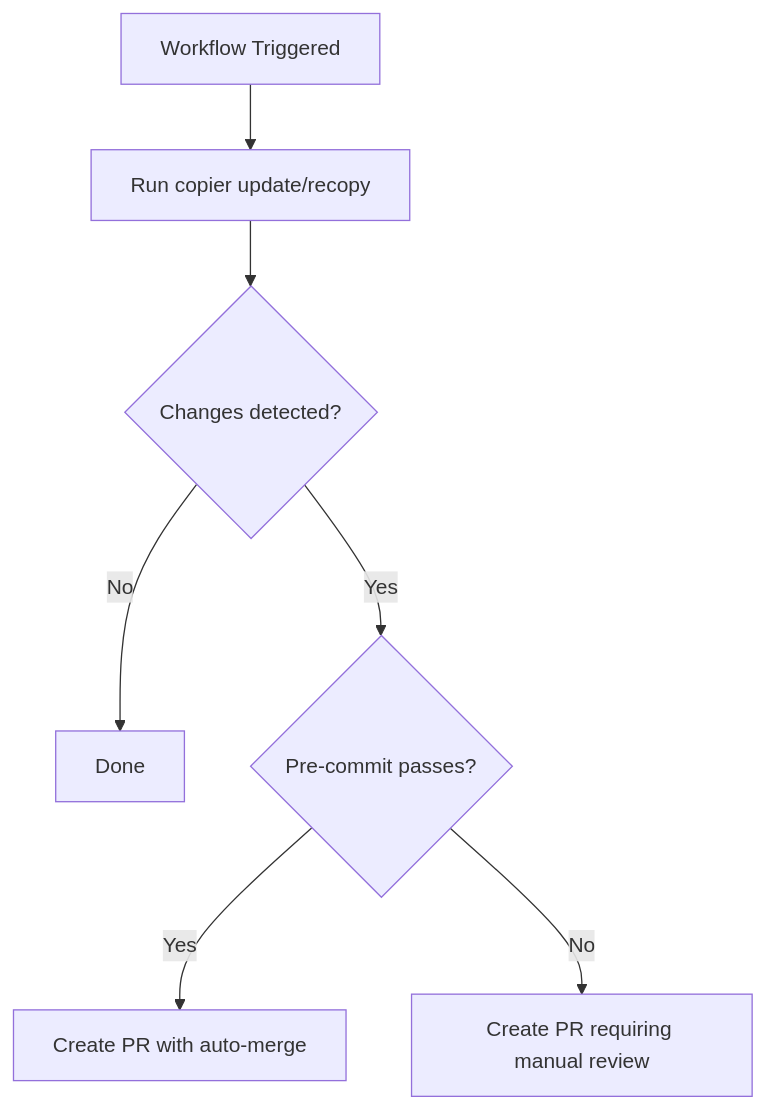
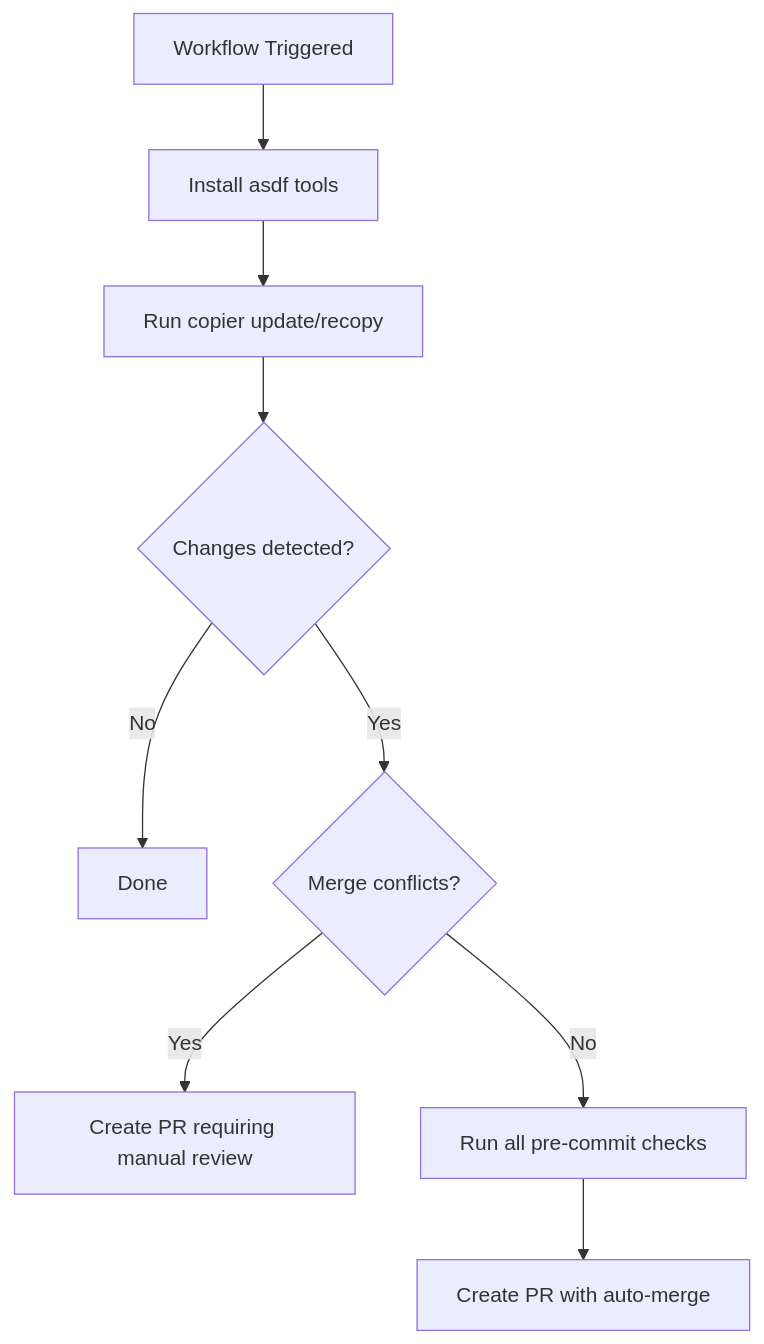
The diagram in docs/reusable-update-from-skeleton.md (launchbynttdata/launch-workflows), drawn with Mermaid before and after one commit. The commit also changed other lines of this file and 1 other file, not shown here.

Commit message:
feat: auto-update incorporates automated pre-commit fixes (#82)

````diff
--- a/docs/reusable-update-from-skeleton.md
+++ b/docs/reusable-update-from-skeleton.md
@@ -5,9 +5,11 @@
 ```mermaid
 flowchart TD
-  A[Workflow Triggered] --> B[Run copier update/recopy]
-  B --> C{Changes detected?}
-  C -- No --> D[Done]
-  C -- Yes --> E{Pre-commit passes?}
-  E -- Yes --> F[Create PR with auto-merge]
-  E -- No --> G[Create PR requiring manual review]
+  A[Workflow Triggered] --> B[Install asdf tools]
+  B --> C[Run copier update/recopy]
+  C --> D{Changes detected?}
+  D -- No --> E[Done]
+  D -- Yes --> F{Merge conflicts?}
+  F -- Yes --> G[Create PR requiring manual review]
+  F -- No --> H[Run all pre-commit checks]
+  H --> I[Create PR with auto-merge]
 ```
````
